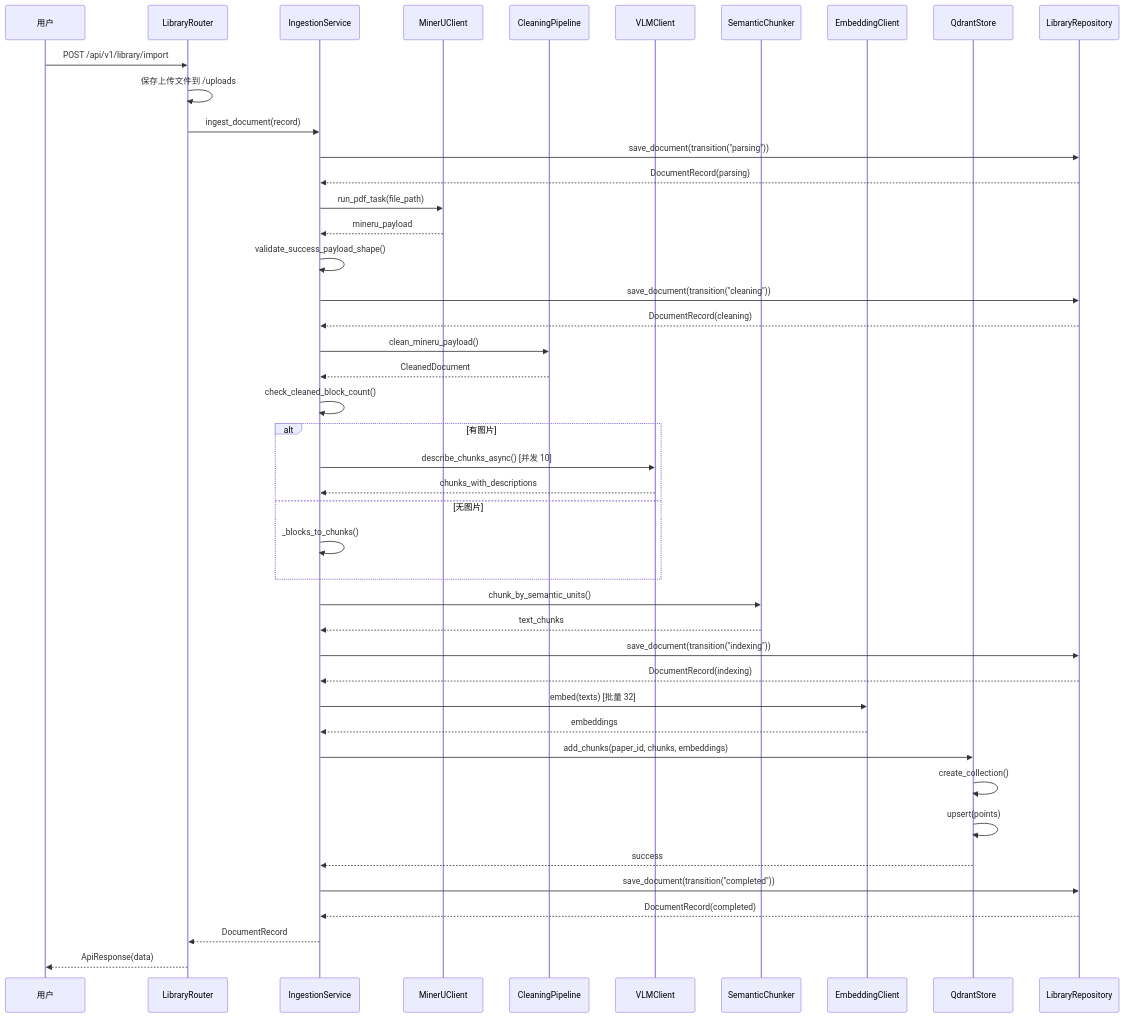
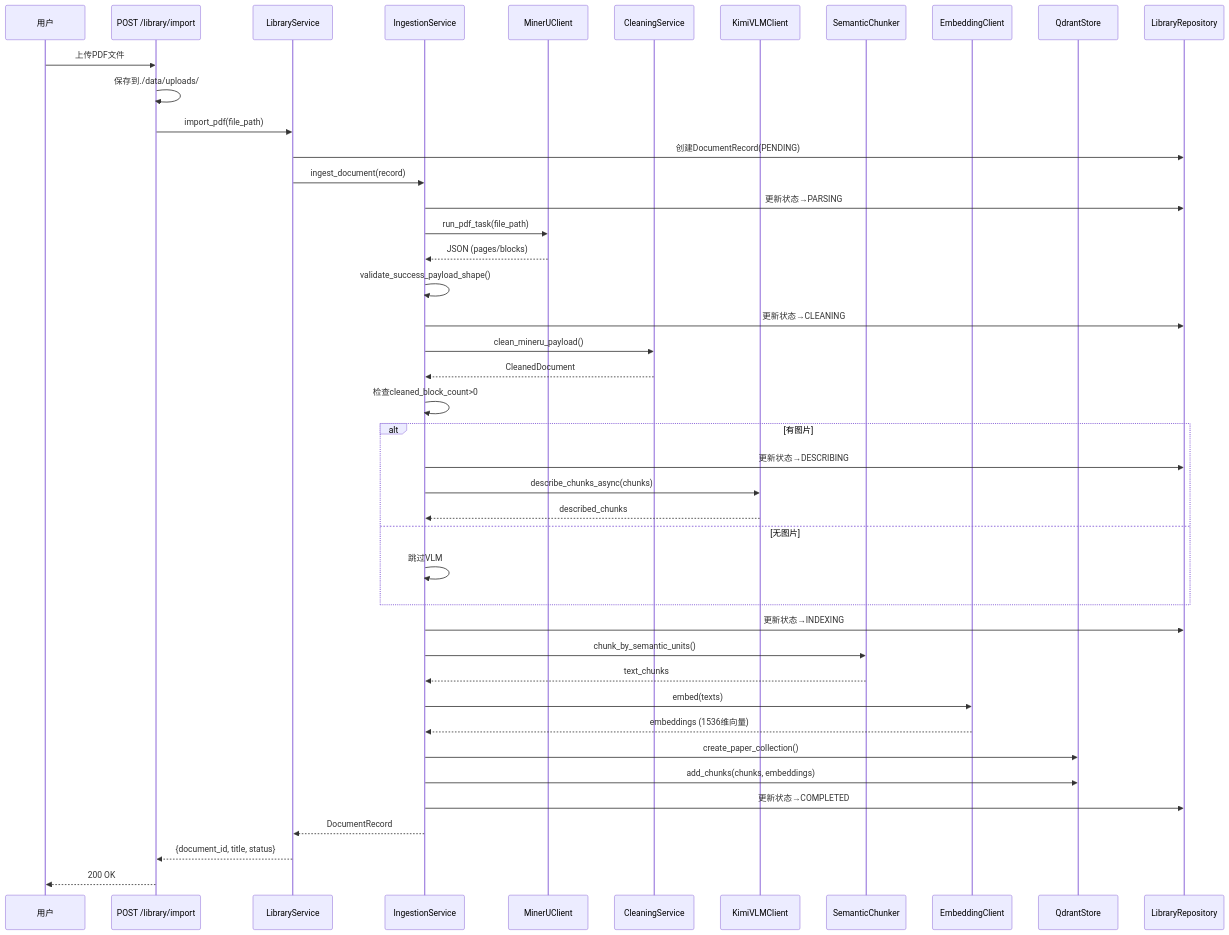
One commit to ornman/Paper-Agentic changed the first of 6 diagrams in docs/Decision-Snapshot/2-动态行为/2.1-核心业务时序.md. Above: the diagram before and after it, drawn with Mermaid. The commit also changed other lines of this file and 30 other files, not shown here.

````diff
--- a/docs/Decision-Snapshot/2-动态行为/2.1-核心业务时序.md
+++ b/docs/Decision-Snapshot/2-动态行为/2.1-核心业务时序.md
@@ -10,58 +15,61 @@
 ```mermaid
 sequenceDiagram
     participant User as 用户
-    participant API as LibraryRouter
-    participant Service as IngestionService
+    participant API as POST /library/import
+    participant LibSvc as LibraryService
+    participant IngSvc as IngestionService
     participant MinerU as MinerUClient
-    participant Cleaner as CleaningPipeline
-    participant VLM as VLMClient
+    participant Cleaner as CleaningService
+    participant VLM as KimiVLMClient
     participant Chunker as SemanticChunker
     participant Embed as EmbeddingClient
     participant Qdrant as QdrantStore
     participant Repo as LibraryRepository
 
-    User->>API: POST /api/v1/library/import
-    API->>API: 保存上传文件到 /uploads
-    API->>Service: ingest_document(record)
+    User->>API: 上传PDF文件
+    API->>API: 保存到./data/uploads/
+    API->>LibSvc: import_pdf(file_path)
 
-    Service->>Repo: save_document(transition("parsing"))
-    Repo-->>Service: DocumentRecord(parsing)
+    LibSvc->>Repo: 创建DocumentRecord(PENDING)
+    LibSvc->>IngSvc: ingest_document(record)
 
-    Service->>MinerU: run_pdf_task(file_path)
-    MinerU-->>Service: mineru_payload
-    Service->>Service: validate_success_payload_shape()
+    %% 阶段1: MinerU解析
+    IngSvc->>Repo: 更新状态→PARSING
+    IngSvc->>MinerU: run_pdf_task(file_path)
+    MinerU-->>IngSvc: JSON (pages/blocks)
+    IngSvc->>IngSvc: validate_success_payload_shape()
 
-    Service->>Repo: save_document(transition("cleaning"))
-    Repo-->>Service: DocumentRecord(cleaning)
+    %% 阶段2: 清洗
+    IngSvc->>Repo: 更新状态→CLEANING
+    IngSvc->>Cleaner: clean_mineru_payload()
+    Cleaner-->>IngSvc: CleanedDocument
+    IngSvc->>IngSvc: 检查cleaned_block_count>0
 
-    Service->>Cleaner: clean_mineru_payload()
-    Cleaner-->>Service: CleanedDocument
-    Service->>Service: check_cleaned_block_count()
-
+    %% 阶段3: VLM图片描述
     alt 有图片
-        Service->>VLM: describe_chunks_async() [并发 10]
-        VLM-->>Service: chunks_with_descriptions
+        IngSvc->>Repo: 更新状态→DESCRIBING
+        IngSvc->>VLM: describe_chunks_async(chunks)
+        VLM-->>IngSvc: described_chunks
     else 无图片
-        Service->>Service: _blocks_to_chunks()
+        IngSvc->>IngSvc: 跳过VLM
     end
 
-    Service->>Chunker: chunk_by_semantic_units()
-    Chunker-->>Service: text_chunks
+    %% 阶段4: 切分
+    IngSvc->>Repo: 更新状态→INDEXING
+    IngSvc->>Chunker: chunk_by_semantic_units()
+    Chunker-->>IngSvc: text_chunks
 
-    Service->>Repo: save_document(transition("indexing"))
-    Repo-->>Service: DocumentRecord(indexing)
+    %% 阶段5: Embedding
+    IngSvc->>Embed: embed(texts)
+    Embed-->>IngSvc: embeddings (1536维向量)
 
-    Service->>Embed: embed(texts) [批量 32]
-    Embed-->>Service: embeddings
+    %% 阶段6: Qdrant存储
+    IngSvc->>Qdrant: create_paper_collection()
+    IngSvc->>Qdrant: add_chunks(chunks, embeddings)
 
-    Service->>Qdrant: add_chunks(paper_id, chunks, embeddings)
-    Qdrant->>Qdrant: create_collection()
-    Qdrant->>Qdrant: upsert(points)
-    Qdrant-->>Service: success
-
-    Service->>Repo: save_document(transition("completed"))
-    Repo-->>Service: DocumentRecord(completed)
-
-    Service-->>API: DocumentRecord
-    API-->>User: ApiResponse(data)
+    %% 完成
+    IngSvc->>Repo: 更新状态→COMPLETED
+    IngSvc-->>LibSvc: DocumentRecord
+    LibSvc-->>API: {document_id, title, status}
+    API-->>User: 200 OK
 ```
````
